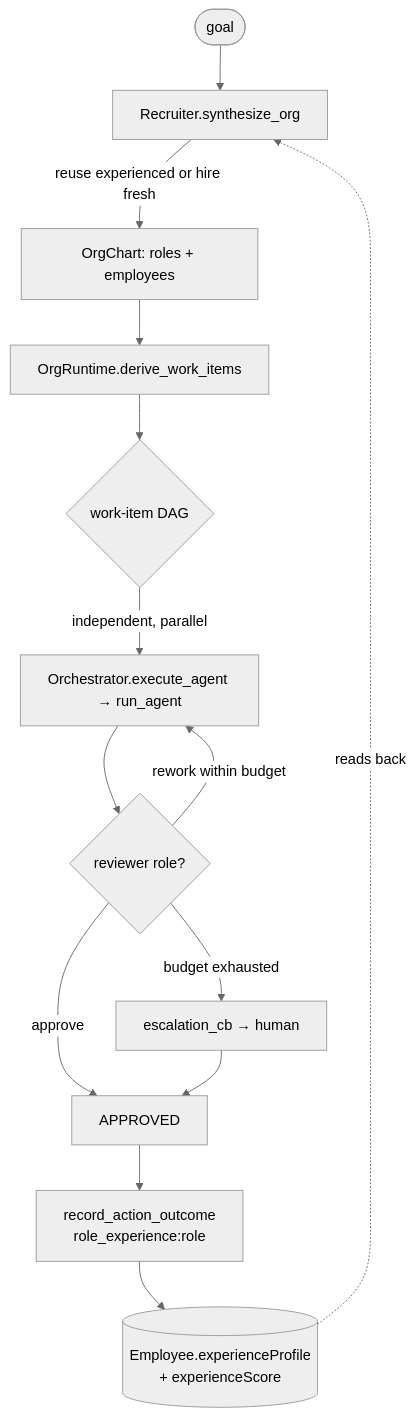
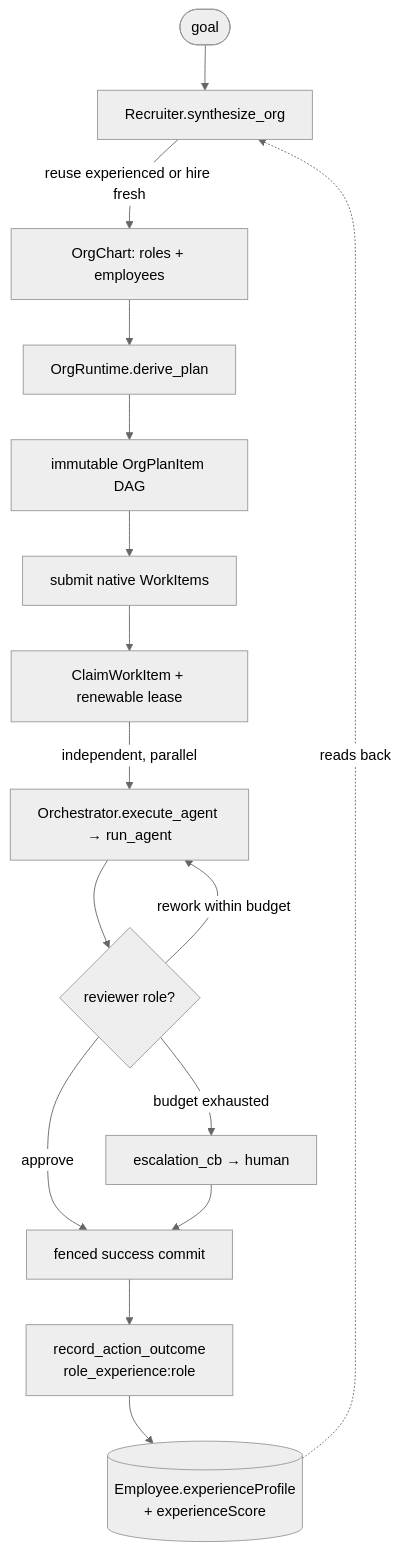
The second of 2 diagrams in docs/architecture/org-runtime.md (Knuckles-Team/agent-utilities), drawn with Mermaid (neutral theme) before and after one commit. The commit also changed other lines of this file and 3818 other files, not shown here.

````diff
--- a/docs/architecture/org-runtime.md
+++ b/docs/architecture/org-runtime.md
@@ -54,16 +50,18 @@
 ```mermaid
 flowchart TD
     Goal([goal]) --> Recruiter[Recruiter.synthesize_org]
     Recruiter -->|reuse experienced or hire fresh| Chart[OrgChart: roles + employees]
-    Chart --> Derive[OrgRuntime.derive_work_items]
-    Derive --> DAG{work-item DAG}
-    DAG -->|independent, parallel| Exec[Orchestrator.execute_agent → run_agent]
+    Chart --> Derive[OrgRuntime.derive_plan]
+    Derive --> Plan[immutable OrgPlanItem DAG]
+    Plan --> Submit[submit native WorkItems]
+    Submit --> Claim[ClaimWorkItem + renewable lease]
+    Claim -->|independent, parallel| Exec[Orchestrator.execute_agent → run_agent]
     Exec --> Review{reviewer role?}
-    Review -->|approve| Done[APPROVED]
+    Review -->|approve| Done[fenced success commit]
     Review -->|rework within budget| Exec
     Review -->|budget exhausted| Human[escalation_cb → human]
     Human --> Done
-    Done --> WB[record_action_outcome<br/>role_experience:role]
-    WB --> Profile[(Employee.experienceProfile<br/>+ experienceScore)]
+    Done --> WB["record_action_outcome<br/>role_experience:role"]
+    WB --> Profile[("Employee.experienceProfile<br/>+ experienceScore")]
     Profile -.reads back.-> Recruiter
 ```
````
